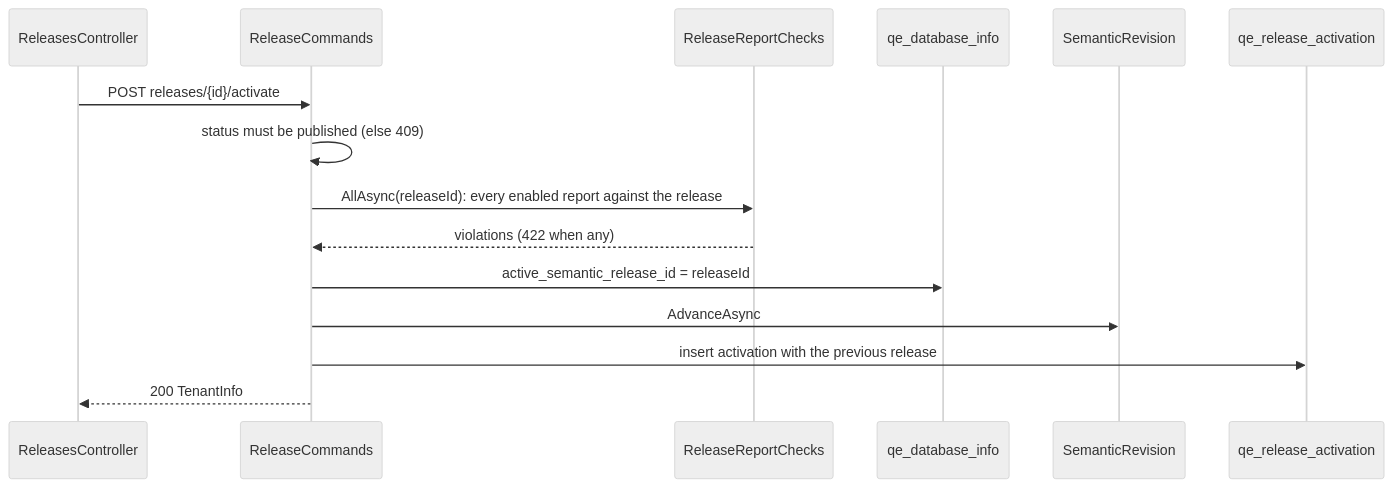
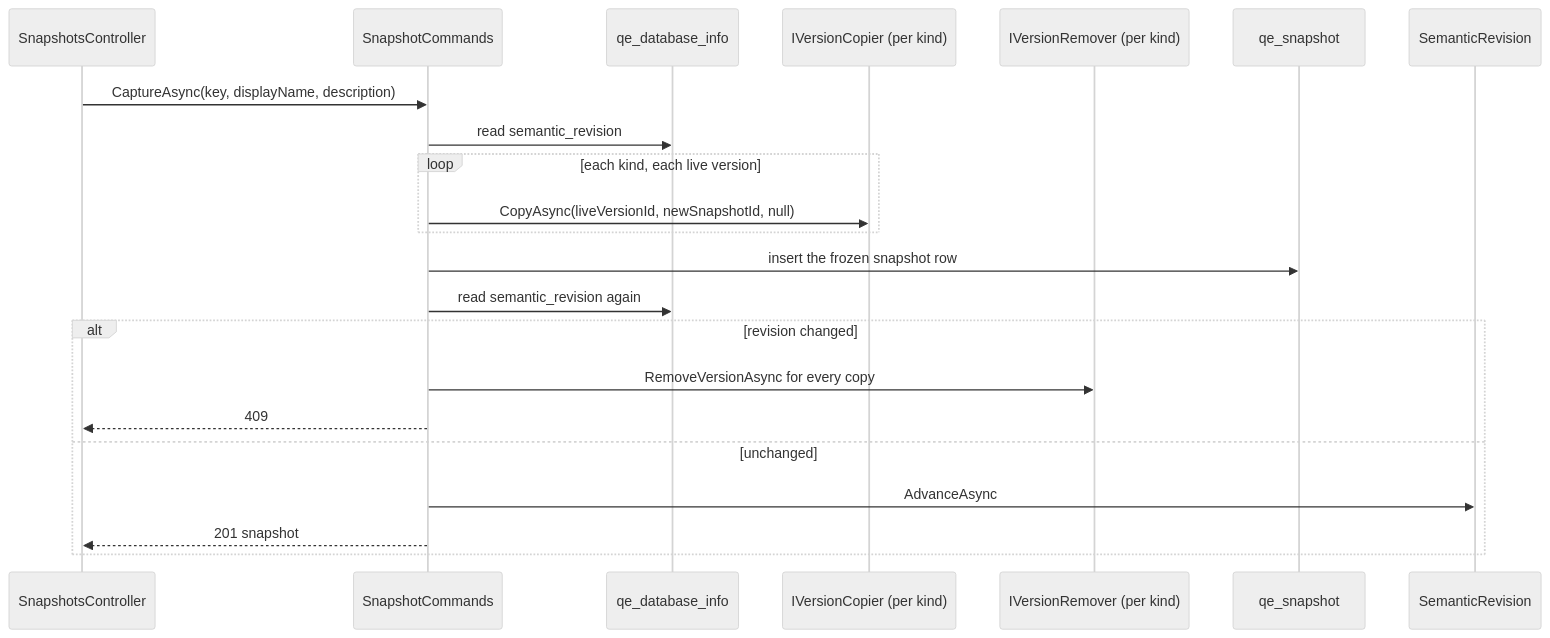
One commit to chrisaliotta/Quantalytix.QueryEngine.Admin changed the third of 6 diagrams in api/docs/architecture/06-key-actions.md. Above: the diagram before and after it, drawn with Mermaid (neutral theme). The commit also changed other lines of this file and 504 other files, not shown here.

First line of the commit message:
refactor(api/docs): update architecture documentation to reflect snapshot lifecycle changes

````diff
--- a/api/docs/architecture/06-key-actions.md
+++ b/api/docs/architecture/06-key-actions.md
@@ -81,17 +80,24 @@
 ```mermaid
 sequenceDiagram
-    participant Ctl as ReleasesController
-    participant Cmd as ReleaseCommands
-    participant Chk as ReleaseReportChecks
+    participant Ctl as SnapshotsController
+    participant Cmd as SnapshotCommands
     participant Info as qe_database_info
+    participant Cp as IVersionCopier (per kind)
+    participant Rm as IVersionRemover (per kind)
+    participant Snap as qe_snapshot
     participant Rev as SemanticRevision
-    participant Log as qe_release_activation
-    Ctl->>Cmd: POST releases/{id}/activate
-    Cmd->>Cmd: status must be published (else 409)
-    Cmd->>Chk: AllAsync(releaseId): every enabled report against the release
-    Chk-->>Cmd: violations (422 when any)
-    Cmd->>Info: active_semantic_release_id = releaseId
-    Cmd->>Rev: AdvanceAsync
-    Cmd->>Log: insert activation with the previous release
-    Cmd-->>Ctl: 200 TenantInfo
+    Ctl->>Cmd: CaptureAsync(key, displayName, description)
+    Cmd->>Info: read semantic_revision
+    loop each kind, each live version
+        Cmd->>Cp: CopyAsync(liveVersionId, newSnapshotId, null)
+    end
+    Cmd->>Snap: insert the frozen snapshot row
+    Cmd->>Info: read semantic_revision again
+    alt revision changed
+        Cmd->>Rm: RemoveVersionAsync for every copy
+        Cmd-->>Ctl: 409
+    else unchanged
+        Cmd->>Rev: AdvanceAsync
+        Cmd-->>Ctl: 201 snapshot
+    end
 ```
````
